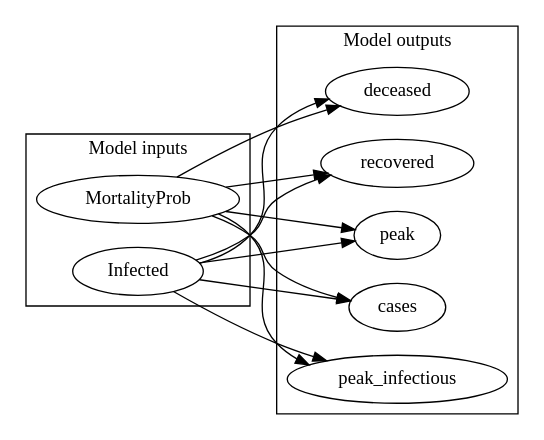
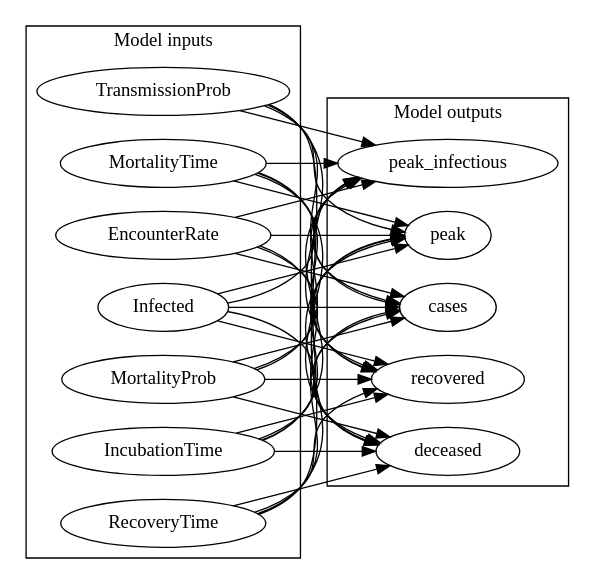
The diagram in scenarios/influenza1918/dags/influenza1918_abstract.dot (CITCOM-project/causcumber), drawn with Graphviz before and after one commit. The commit also changed 4 other files, not shown here.

```diff
--- a/scenarios/influenza1918/dags/influenza1918_abstract.dot
+++ b/scenarios/influenza1918/dags/influenza1918_abstract.dot
@@ -1,28 +1,58 @@
 digraph "" {
 	graph [newrank=True,
 		rankdir=LR
 	];
 	subgraph cluster_outputs {
 		graph [label="Model outputs"];
+		deceased;
 		peak_infectious;
-		deceased;
-		recovered;
 		peak;
 		cases;
+		recovered;
 	}
 	subgraph cluster_inputs {
 		graph [label="Model inputs"];
 		MortalityProb;
+		IncubationTime;
+		RecoveryTime;
+		TransmissionProb;
+		MortalityTime;
+		EncounterRate;
 		Infected;
 	}
+	MortalityProb -> deceased;
 	MortalityProb -> peak_infectious;
-	MortalityProb -> deceased;
-	MortalityProb -> recovered;
 	MortalityProb -> peak;
 	MortalityProb -> cases;
+	MortalityProb -> recovered;
+	IncubationTime -> deceased;
+	IncubationTime -> peak_infectious;
+	IncubationTime -> peak;
+	IncubationTime -> cases;
+	IncubationTime -> recovered;
+	RecoveryTime -> deceased;
+	RecoveryTime -> peak_infectious;
+	RecoveryTime -> peak;
+	RecoveryTime -> cases;
+	RecoveryTime -> recovered;
+	TransmissionProb -> deceased;
+	TransmissionProb -> peak_infectious;
+	TransmissionProb -> peak;
+	TransmissionProb -> cases;
+	TransmissionProb -> recovered;
+	MortalityTime -> deceased;
+	MortalityTime -> peak_infectious;
+	MortalityTime -> peak;
+	MortalityTime -> cases;
+	MortalityTime -> recovered;
+	EncounterRate -> deceased;
+	EncounterRate -> peak_infectious;
+	EncounterRate -> peak;
+	EncounterRate -> cases;
+	EncounterRate -> recovered;
+	Infected -> deceased;
 	Infected -> peak_infectious;
-	Infected -> deceased;
-	Infected -> recovered;
 	Infected -> peak;
 	Infected -> cases;
+	Infected -> recovered;
 }
```
